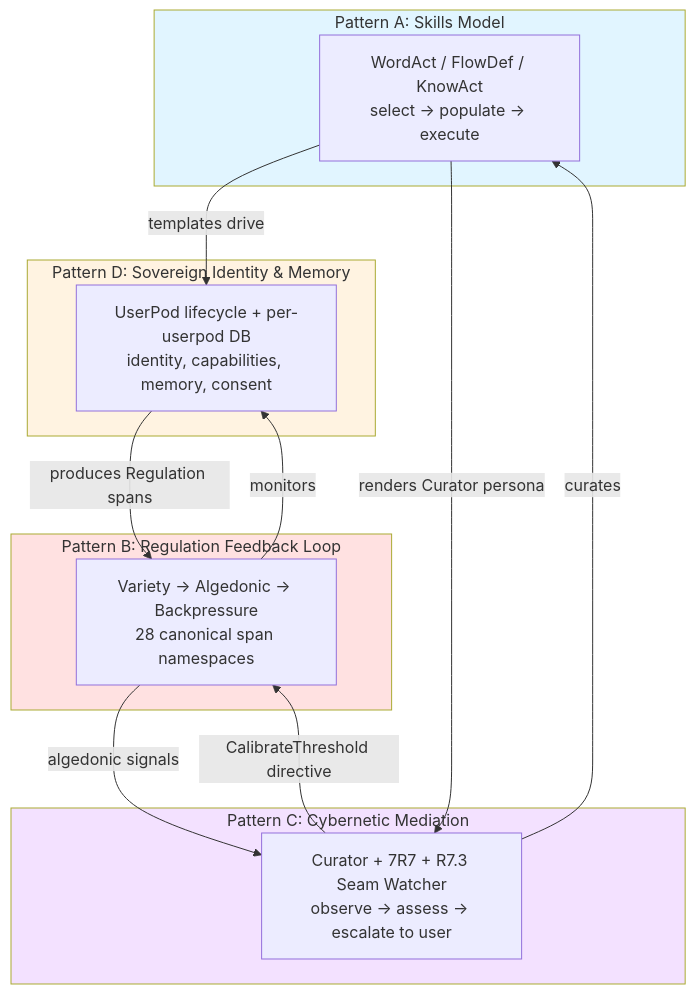
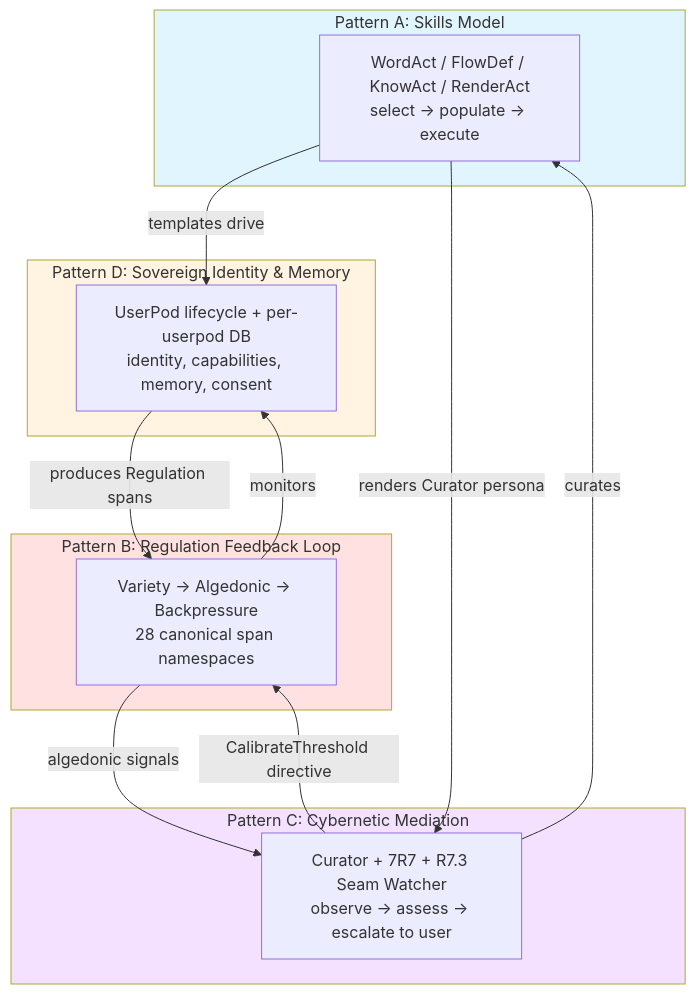
The first of 24 diagrams in docs/architecture/core/hKask-architecture-master.md (mdz-axo/hKask), drawn with Mermaid before and after one commit. The commit also changed other lines of this file and 1 other file, not shown here.

First line of the commit message:
Document RenderAct template type

````diff
--- a/docs/architecture/core/hKask-architecture-master.md
+++ b/docs/architecture/core/hKask-architecture-master.md
@@ -351,31 +352,31 @@
 ```mermaid
 graph TD
     subgraph Skills["Pattern A: Skills Model"]
-        SK["WordAct / FlowDef / KnowAct<br/>select → populate → execute"]
+        SK["WordAct / FlowDef / KnowAct / RenderAct<br/>select → populate → execute"]
     end
 
     subgraph Regulation["Pattern B: Regulation Feedback Loop"]
         CN["Variety → Algedonic → Backpressure\n28 canonical span namespaces"]
     end
 
     subgraph Curator["Pattern C: Cybernetic Mediation"]
         CU["Curator + 7R7 + R7.3 Seam Watcher<br/>observe → assess → escalate to user"]
     end
 
     subgraph Agents["Pattern D: Sovereign Identity & Memory"]
         AG["UserPod lifecycle + per-userpod DB<br/>identity, capabilities, memory, consent"]
     end
 
     SK -->|"templates drive"| AG
     CN -->|"monitors"| AG
     CN -->|"algedonic signals"| CU
     CU -->|"CalibrateThreshold directive"| CN
     CU -->|"curates"| SK
     AG -->|"produces Regulation spans"| CN
     SK -->|"renders Curator persona"| CU
 
     style Skills fill:#e1f5ff
     style Regulation fill:#ffe1e1
     style Curator fill:#f3e1ff
     style Agents fill:#fff3e1
 ```
````
